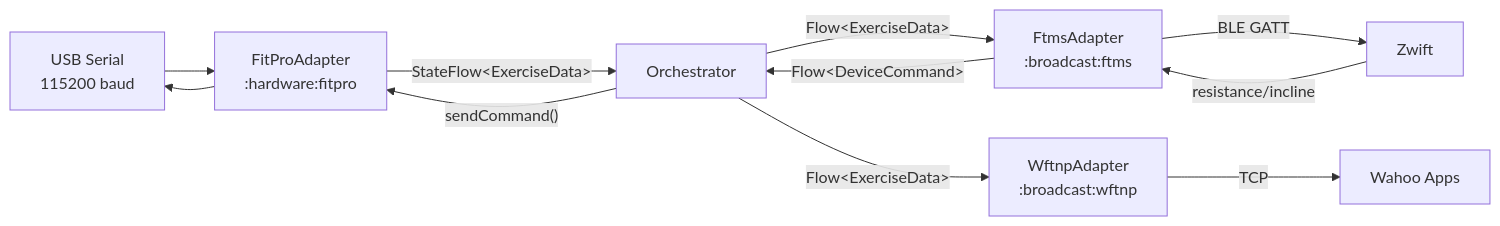
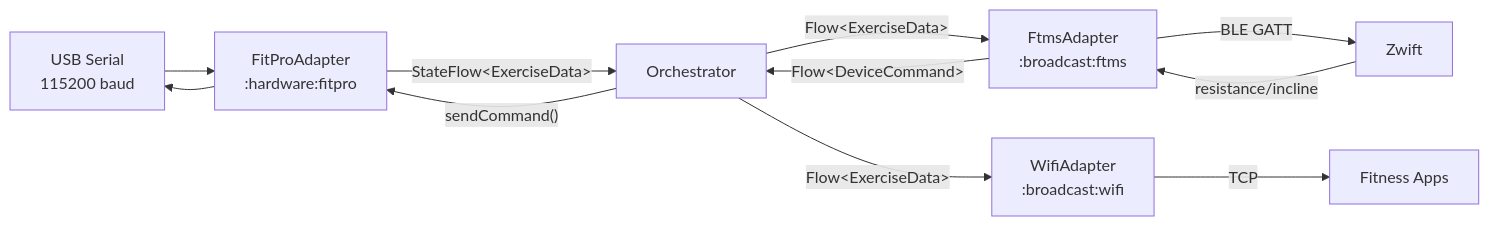
Before and after one commit to ball2jh/Hyperborea: diagram 11 of 11 in docs/architecture.md, drawn with Mermaid. The commit also changed other lines of this file and 52 other files, not shown here.

First line of the commit message:
feat: TLS 1.2 enforcement, nonce replay protection, wftnp→wifi rename, UI and profile updates

````diff
--- a/docs/architecture.md
+++ b/docs/architecture.md
@@ -622,14 +622,14 @@
 ```mermaid
 flowchart LR
     USB["USB Serial\n115200 baud"] --> FitPro["FitProAdapter\n:hardware:fitpro"]
     FitPro -- "StateFlow&lt;ExerciseData&gt;" --> Orchestrator
     Orchestrator -- "Flow&lt;ExerciseData&gt;" --> FTMS["FtmsAdapter\n:broadcast:ftms"]
-    Orchestrator -- "Flow&lt;ExerciseData&gt;" --> WFTNP["WftnpAdapter\n:broadcast:wftnp"]
+    Orchestrator -- "Flow&lt;ExerciseData&gt;" --> WIFI["WifiAdapter\n:broadcast:wifi"]
     FTMS -- "BLE GATT" --> Zwift
-    WFTNP -- "TCP" --> Wahoo["Wahoo Apps"]
+    WIFI -- "TCP" --> Apps["Fitness Apps"]
 
     Zwift -- "resistance/incline" --> FTMS
     FTMS -- "Flow&lt;DeviceCommand&gt;" --> Orchestrator
     Orchestrator -- "sendCommand()" --> FitPro
     FitPro --> USB
 ```
````
